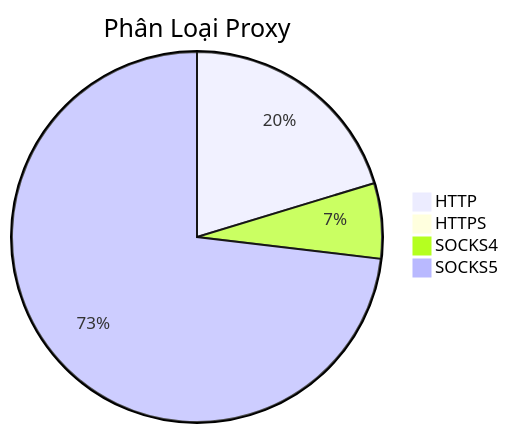
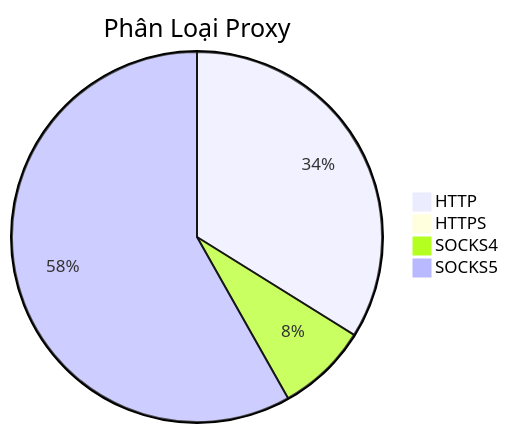
One commit to Ciara-Aa/PROXY-free changed the diagram in README.md. Above: the diagram before and after it, drawn with Mermaid. The commit also changed other lines of this file and 4 other files, not shown here.

````diff
--- a/README.md
+++ b/README.md
@@ -26,7 +26,7 @@
 ```mermaid
 pie title Phân Loại Proxy
-    "HTTP" : 358
-    "HTTPS" : 4
-    "SOCKS4" : 116
-    "SOCKS5" : 1289
+    "HTTP" : 294
+    "HTTPS" : 5
+    "SOCKS4" : 69
+    "SOCKS5" : 505
 ```
````
